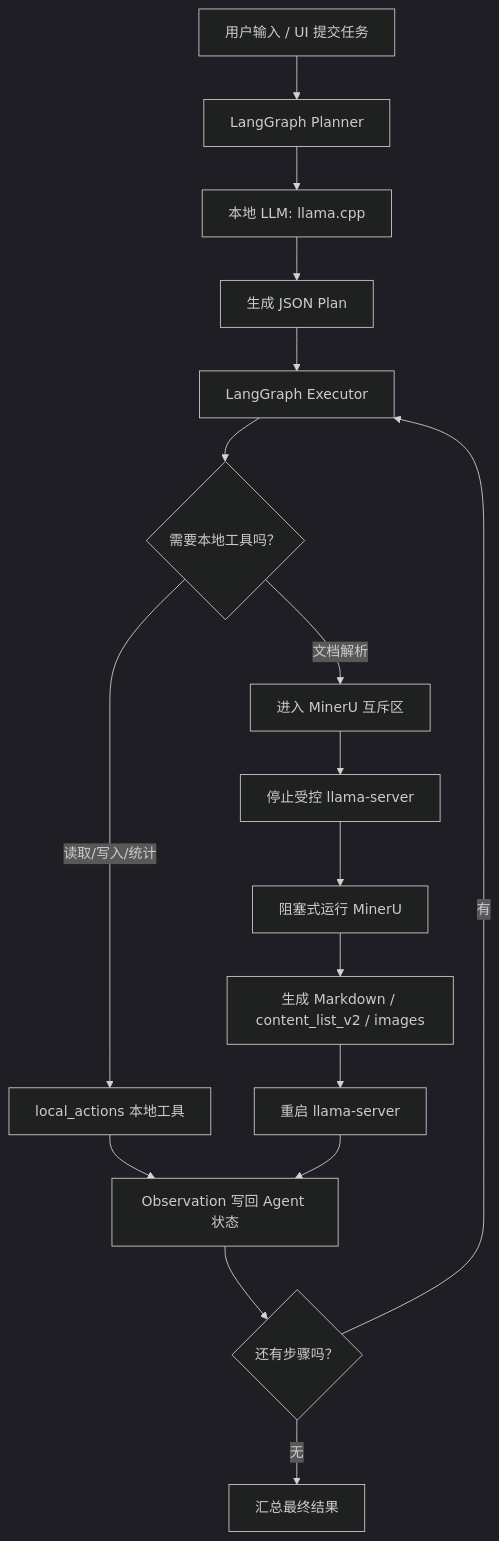
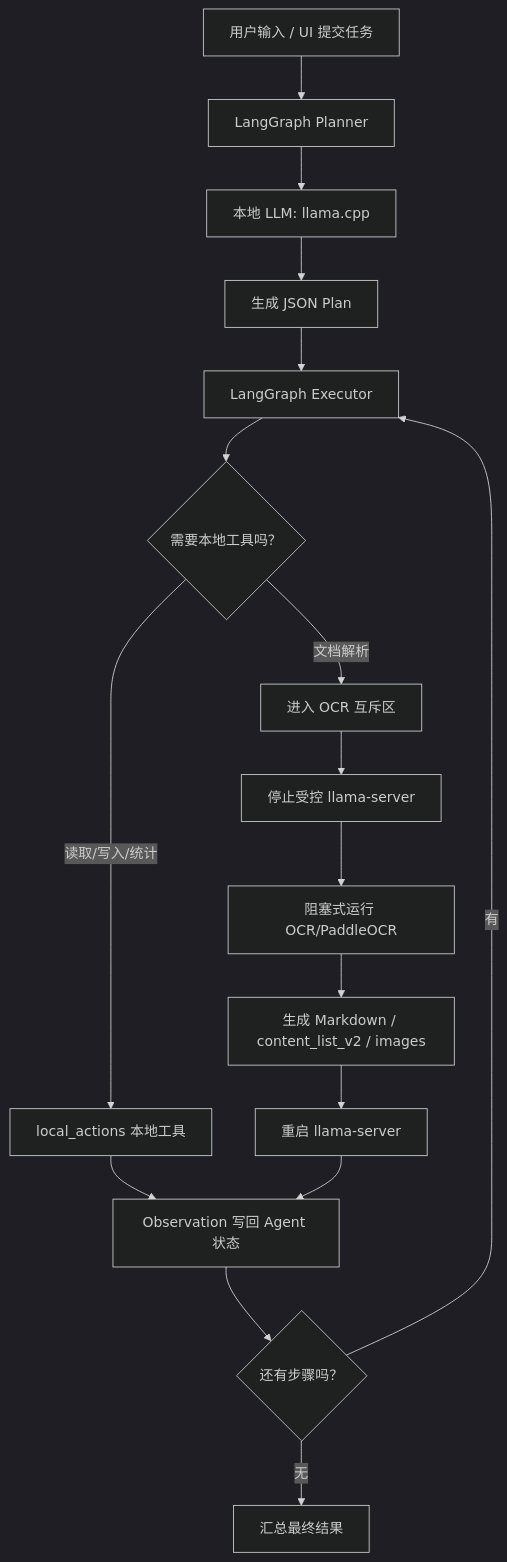
One commit to CollinKe05/Agentic-Meeting-Document-Collaboration-System changed the diagram in README.md. Above: the diagram before and after it, drawn with Mermaid (dark theme). The commit also changed other lines of this file and 54 other files, not shown here.

````diff
--- a/README.md
+++ b/README.md
@@ -52,19 +53,19 @@
 ```mermaid
 flowchart TD
     A["用户输入 / UI 提交任务"] --> B["LangGraph Planner"]
     B --> C["本地 LLM: llama.cpp"]
     C --> D["生成 JSON Plan"]
     D --> E["LangGraph Executor"]
     E --> F{"需要本地工具吗？"}
     F -->|"读取/写入/统计"| G["local_actions 本地工具"]
-    F -->|"文档解析"| H["进入 MinerU 互斥区"]
+    F -->|"文档解析"| H["进入 OCR 互斥区"]
     H --> I["停止受控 llama-server"]
-    I --> J["阻塞式运行 MinerU"]
+    I --> J["阻塞式运行 OCR/PaddleOCR"]
     J --> K["生成 Markdown / content_list_v2 / images"]
     K --> L["重启 llama-server"]
     G --> M["Observation 写回 Agent 状态"]
     L --> M
     M --> N{"还有步骤吗？"}
     N -->|"有"| E
     N -->|"无"| O["汇总最终结果"]
 ```
````
